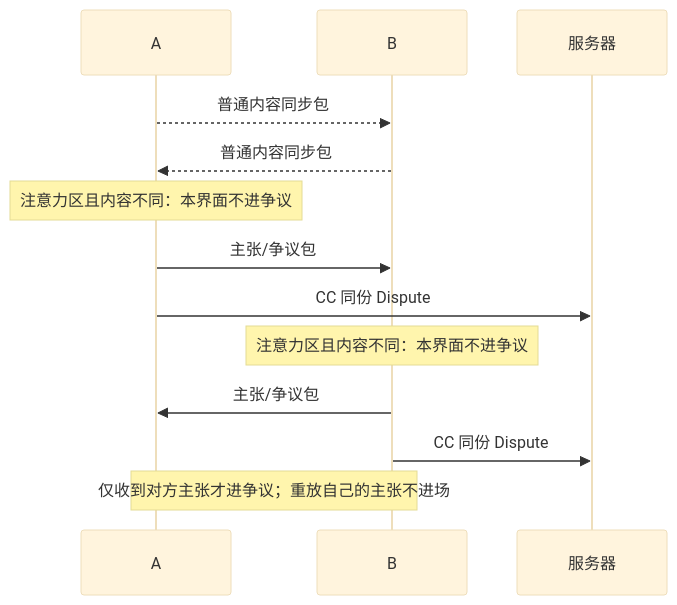
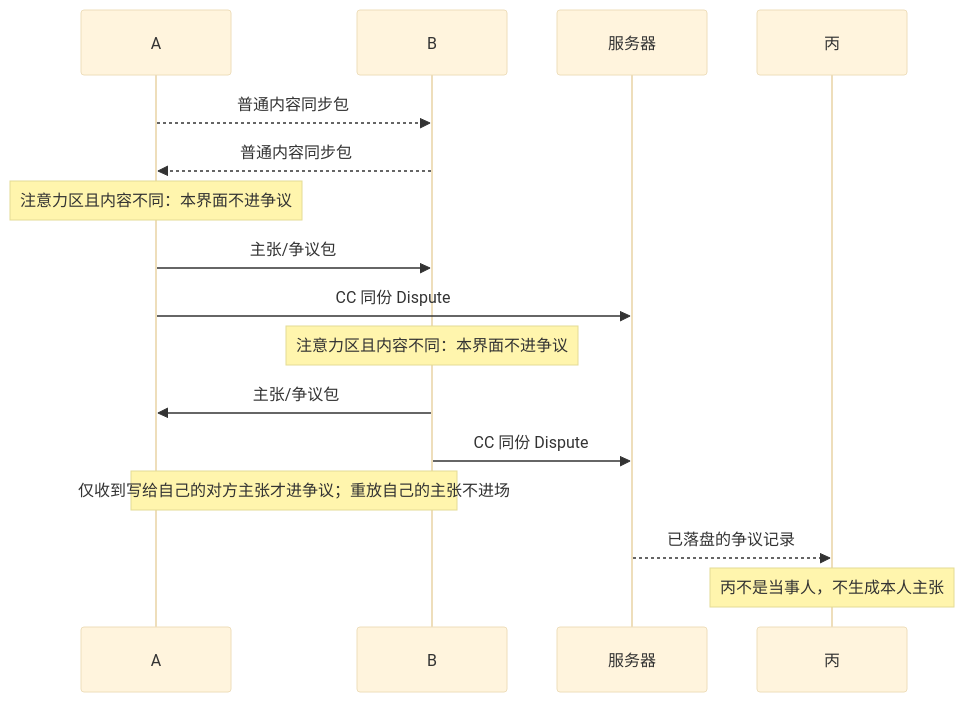
Before and after one commit to KDreamelf/collaborative-editor: the diagram in 需求设计.md, drawn with Mermaid (base theme). The commit also changed other lines of this file and 38 other files, not shown here.

````diff
--- a/需求设计.md
+++ b/需求设计.md
@@ -41,15 +55,18 @@
 ```mermaid
 sequenceDiagram
   participant A
   participant B
   participant S as 服务器
+  participant C as 丙
   A-->>B: 普通内容同步包
   B-->>A: 普通内容同步包
   Note over A: 注意力区且内容不同：本界面不进争议
   A->>B: 主张/争议包
   A->>S: CC 同份 Dispute
   Note over B: 注意力区且内容不同：本界面不进争议
   B->>A: 主张/争议包
   B->>S: CC 同份 Dispute
-  Note over A,B: 仅收到对方主张才进争议；重放自己的主张不进场
+  Note over A,B: 仅收到写给自己的对方主张才进争议；重放自己的主张不进场
+  S-->>C: 已落盘的争议记录
+  Note over C: 丙不是当事人，不生成本人主张
 ```
````
